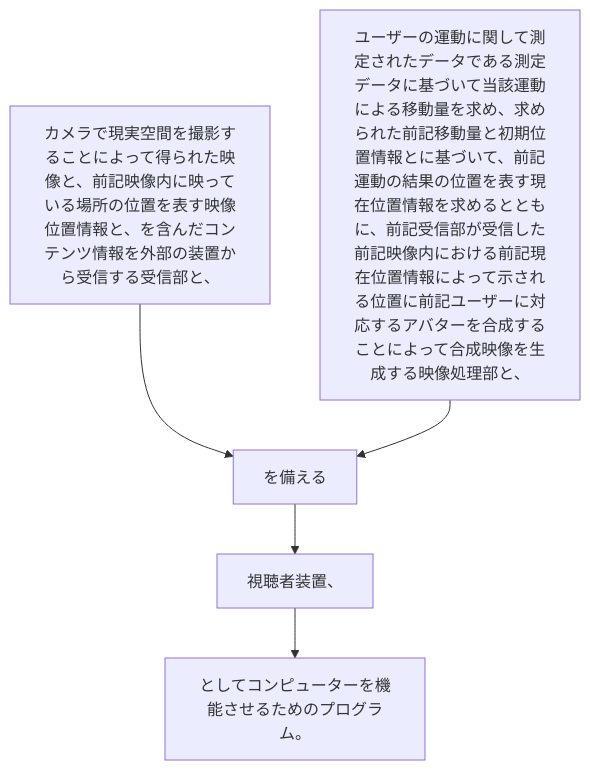
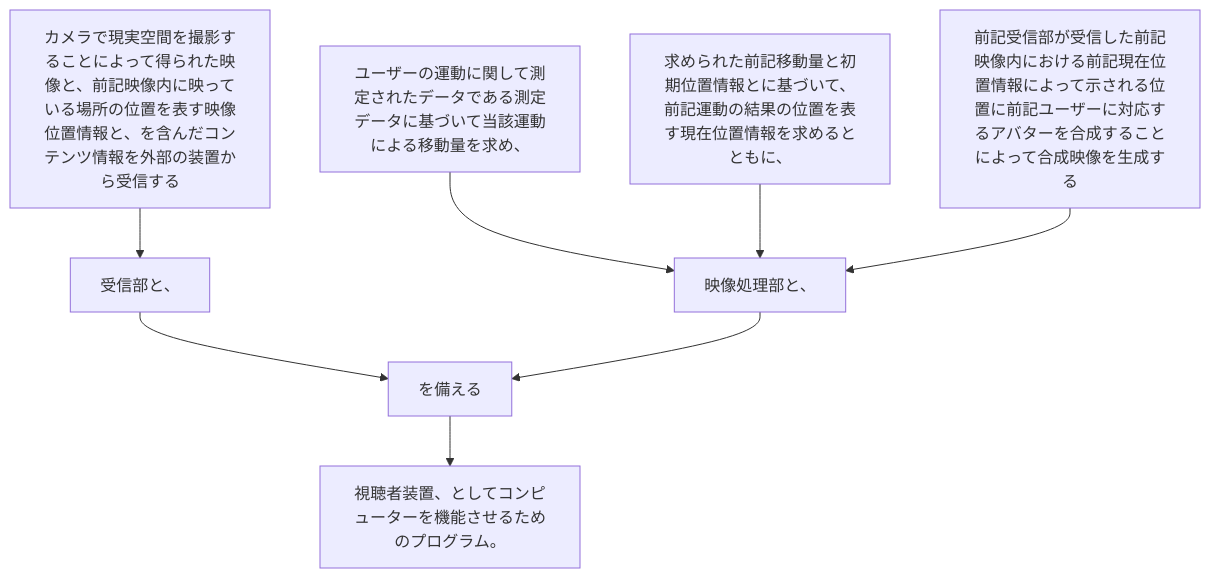
Before and after one commit to shinmori55/patent_analyzed: the diagram in 2024/JP2024015616A/claim_8/README.md, drawn with Mermaid. The commit also changed 336 other files, not shown here.

````diff
--- a/2024/JP2024015616A/claim_8/README.md
+++ b/2024/JP2024015616A/claim_8/README.md
@@ -4,12 +4,18 @@
 ```mermaid
 flowchart TD
-A[カメラで現実空間を撮影することによって得られた映像と、前記映像内に映っている場所の位置を表す映像位置情報と、を含んだコンテンツ情報を外部の装置から受信する受信部と、]
-B[ユーザーの運動に関して測定されたデータである測定データに基づいて当該運動による移動量を求め、求められた前記移動量と初期位置情報とに基づいて、前記運動の結果の位置を表す現在位置情報を求めるとともに、前記受信部が受信した前記映像内における前記現在位置情報によって示される位置に前記ユーザーに対応するアバターを合成することによって合成映像を生成する映像処理部と、]
-C[を備える]
-D[視聴者装置、]
-E[としてコンピューターを機能させるためのプログラム。]
-A --> C
-B --> C
-C --> D
-D --> E
+A[カメラで現実空間を撮影することによって得られた映像と、前記映像内に映っている場所の位置を表す映像位置情報と、を含んだコンテンツ情報を外部の装置から受信する]
+B[受信部と、]
+C[ユーザーの運動に関して測定されたデータである測定データに基づいて当該運動による移動量を求め、]
+D[求められた前記移動量と初期位置情報とに基づいて、前記運動の結果の位置を表す現在位置情報を求めるとともに、]
+E[前記受信部が受信した前記映像内における前記現在位置情報によって示される位置に前記ユーザーに対応するアバターを合成することによって合成映像を生成する]
+F[映像処理部と、]
+G[を備える]
+H[視聴者装置、としてコンピューターを機能させるためのプログラム。]
+A --> B
+B --> G
+C --> F
+D --> F
+E --> F
+F --> G
+G --> H
 ```
````
